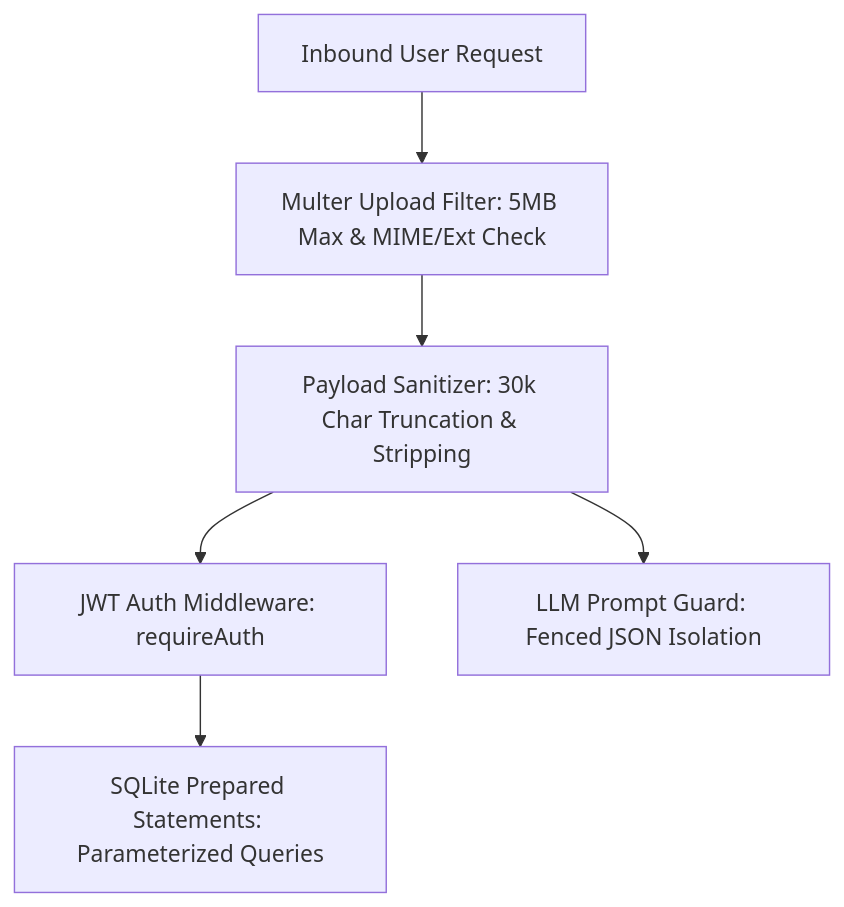
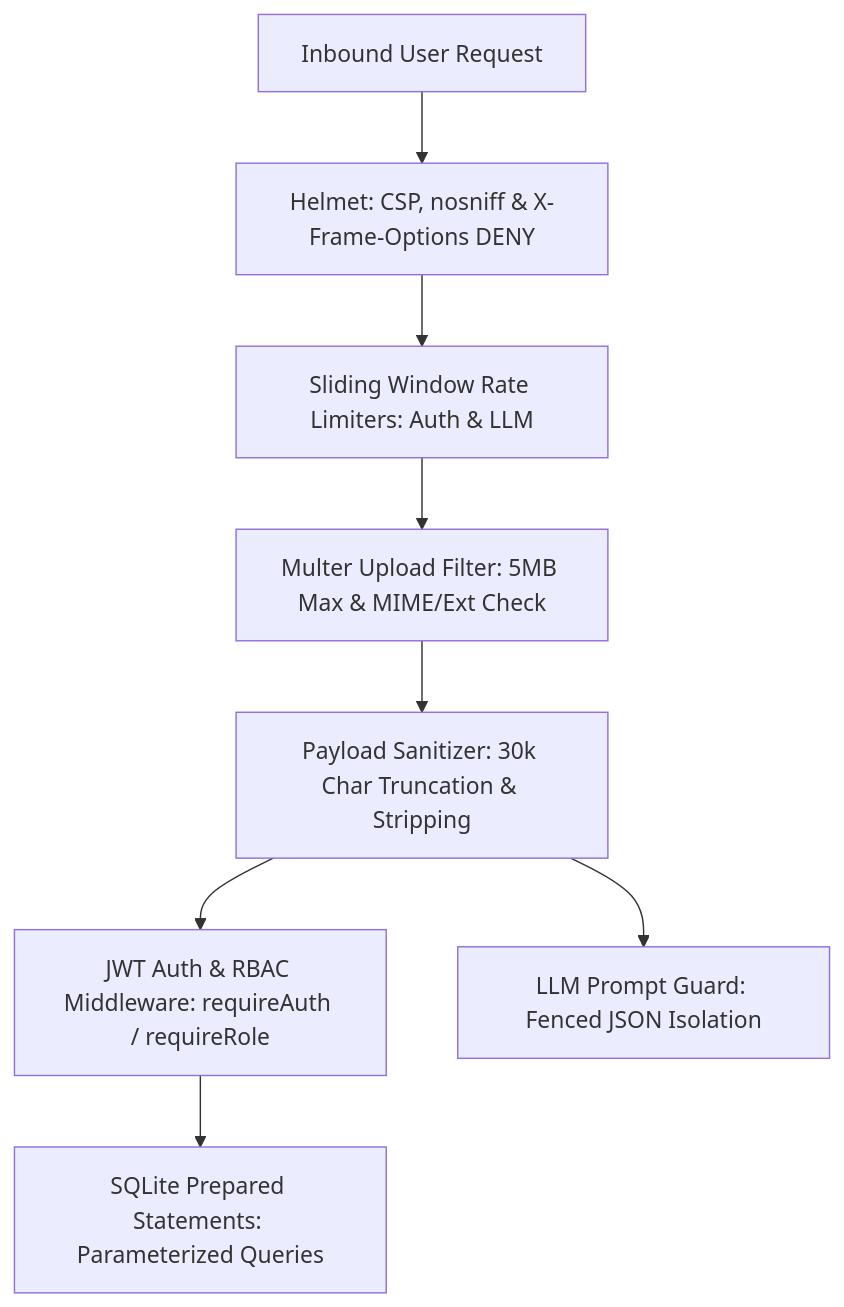
Before and after one commit to SamarthShinde24/AI-Resume-Analyzer: the diagram in .agents/skills/security-hardening/SKILL.md, drawn with Mermaid. The commit also changed other lines of this file and 18 other files, not shown here.

Commit message:
feat(security): implement sliding window rate limiting, helmet headers, and rbac gating

````diff
--- a/.agents/skills/security-hardening/SKILL.md
+++ b/.agents/skills/security-hardening/SKILL.md
@@ -14,8 +14,10 @@
 ```mermaid
 graph TD
-    UserReq[Inbound User Request] --> UploadGate[Multer Upload Filter: 5MB Max & MIME/Ext Check]
+    UserReq[Inbound User Request] --> HelmetGuard[Helmet: CSP, nosniff & X-Frame-Options DENY]
+    HelmetGuard --> RateLimiter[Sliding Window Rate Limiters: Auth & LLM]
+    RateLimiter --> UploadGate[Multer Upload Filter: 5MB Max & MIME/Ext Check]
     UploadGate --> PayloadSanitize[Payload Sanitizer: 30k Char Truncation & Stripping]
-    PayloadSanitize --> AuthGuard[JWT Auth Middleware: requireAuth]
+    PayloadSanitize --> AuthGuard[JWT Auth & RBAC Middleware: requireAuth / requireRole]
     AuthGuard --> DBStore[SQLite Prepared Statements: Parameterized Queries]
     PayloadSanitize --> LLMGuard[LLM Prompt Guard: Fenced JSON Isolation]
 ```
````
